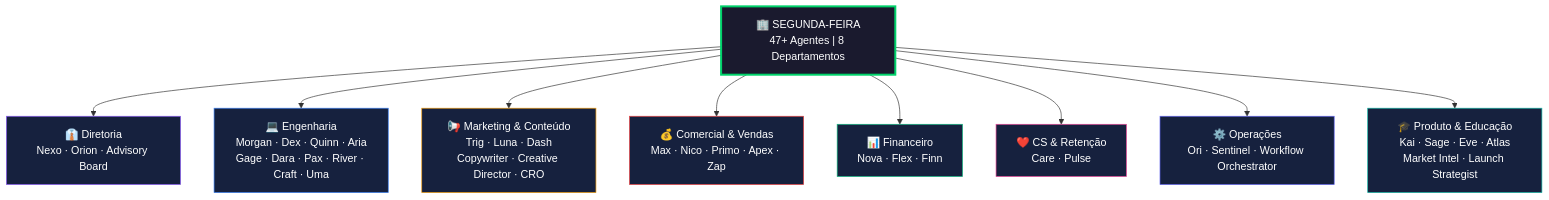
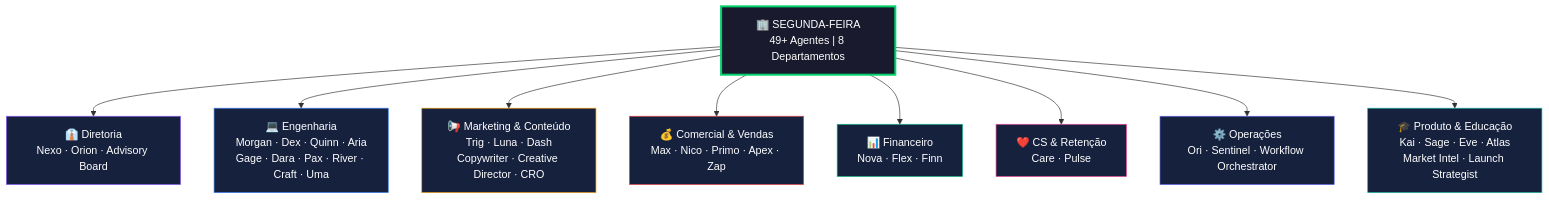
The second of 4 diagrams in README.md (paulokwak/segunda-feira), drawn with Mermaid before and after one commit. The commit also changed other lines of this file and 158 other files, not shown here.

First line of the commit message:
feat: Segunda-feira v6.3 — Nervous System & Proactive Agents

````diff
--- a/README.md
+++ b/README.md
@@ -80,23 +81,23 @@
 ```mermaid
 graph TD
-    CEO["🏢 SEGUNDA-FEIRA<br/>47+ Agentes | 8 Departamentos"]
+    CEO["🏢 SEGUNDA-FEIRA<br/>49+ Agentes | 8 Departamentos"]
     
     CEO --> DIR["👔 Diretoria<br/>Nexo · Orion · Advisory Board"]
     CEO --> ENG["💻 Engenharia<br/>Morgan · Dex · Quinn · Aria<br/>Gage · Dara · Pax · River · Craft · Uma"]
     CEO --> MKT["📢 Marketing & Conteúdo<br/>Trig · Luna · Dash<br/>Copywriter · Creative Director · CRO"]
     CEO --> COM["💰 Comercial & Vendas<br/>Max · Nico · Primo · Apex · Zap"]
     CEO --> FIN["📊 Financeiro<br/>Nova · Flex · Finn"]
     CEO --> CS["❤️ CS & Retenção<br/>Care · Pulse"]
     CEO --> OPS["⚙️ Operações<br/>Ori · Sentinel · Workflow Orchestrator"]
     CEO --> PRD["🎓 Produto & Educação<br/>Kai · Sage · Eve · Atlas<br/>Market Intel · Launch Strategist"]
     
     style CEO fill:#1a1a2e,stroke:#00D26A,stroke-width:3px,color:#fff
     style DIR fill:#16213e,stroke:#8B5CF6,color:#fff
     style ENG fill:#16213e,stroke:#3B82F6,color:#fff
     style MKT fill:#16213e,stroke:#F59E0B,color:#fff
     style COM fill:#16213e,stroke:#EF4444,color:#fff
     style FIN fill:#16213e,stroke:#10B981,color:#fff
     style CS fill:#16213e,stroke:#EC4899,color:#fff
     style OPS fill:#16213e,stroke:#6366F1,color:#fff
     style PRD fill:#16213e,stroke:#14B8A6,color:#fff
 ```
````
